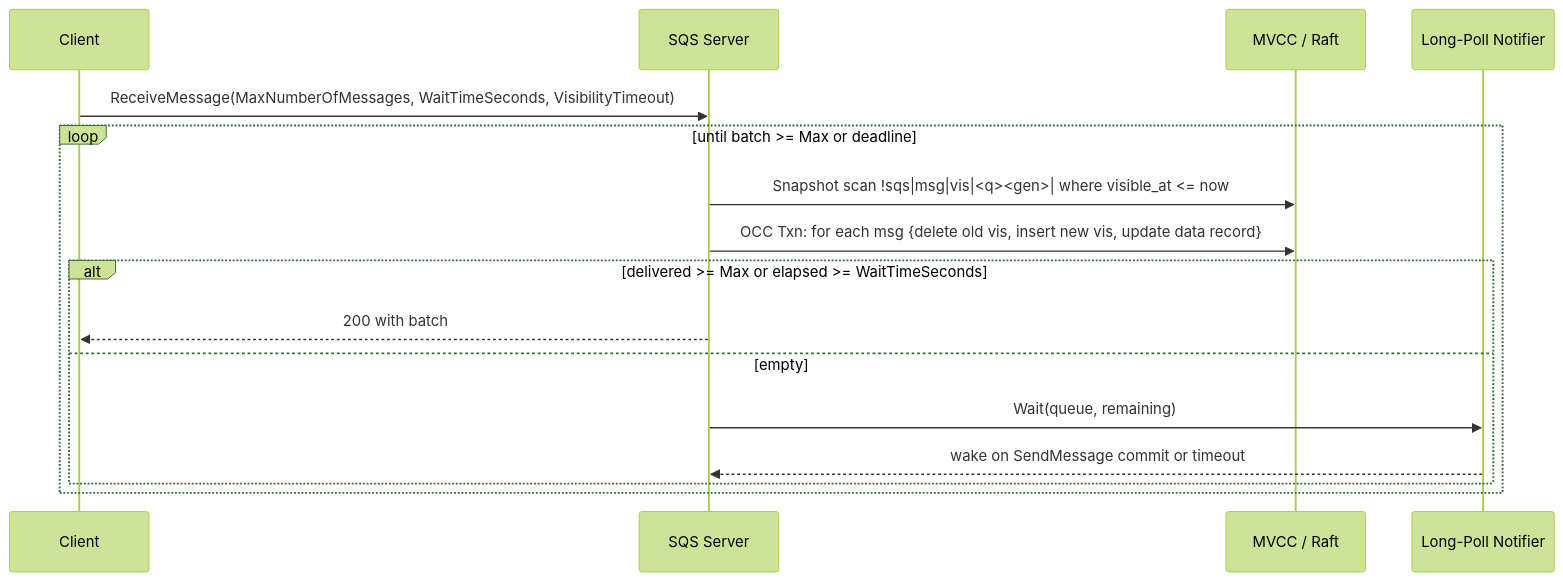
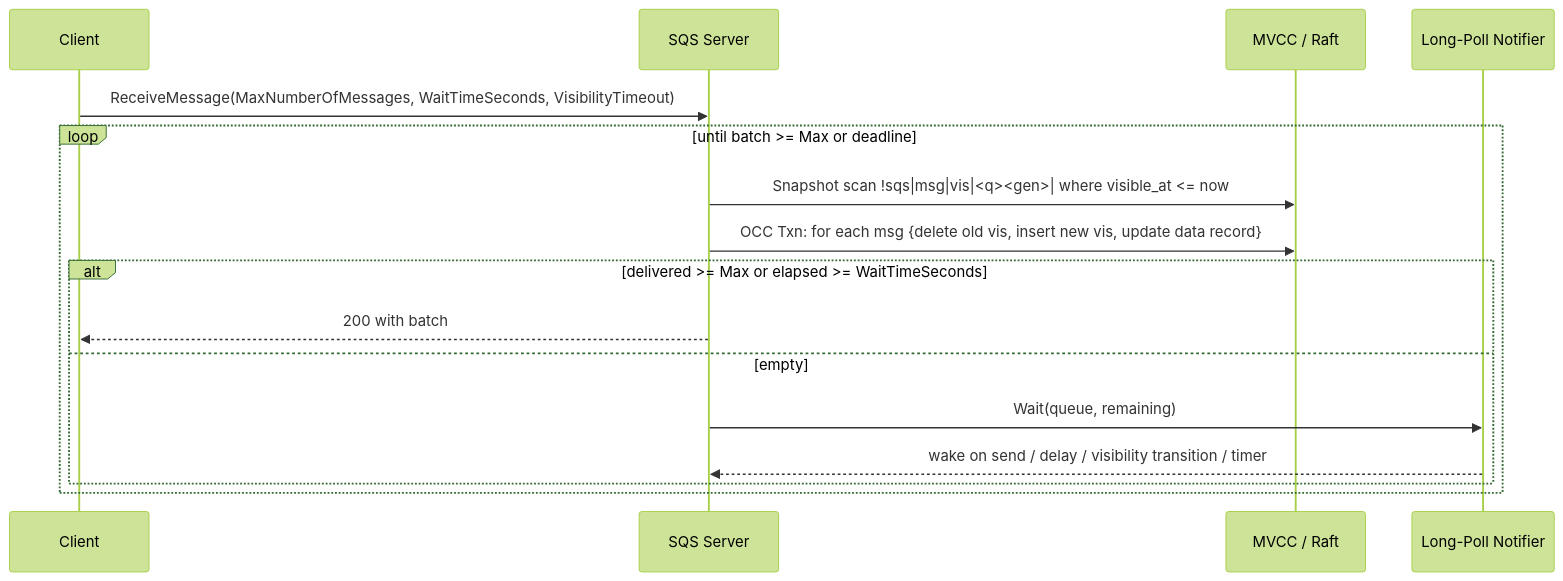
One commit to bootjp/elastickv changed the third of 4 diagrams in docs/design/2026_04_24_proposed_sqs_compatible_adapter.md. Above: the diagram before and after it, drawn with Mermaid (forest theme). The commit also changed other lines of this file and 1 other file, not shown here.

````diff
--- a/docs/design/2026_04_24_proposed_sqs_compatible_adapter.md
+++ b/docs/design/2026_04_24_proposed_sqs_compatible_adapter.md
@@ -287,19 +287,19 @@
 ```mermaid
 sequenceDiagram
   participant C as Client
   participant S as SQS Server
   participant KV as MVCC / Raft
   participant N as Long-Poll Notifier
 
   C->>S: ReceiveMessage(MaxNumberOfMessages, WaitTimeSeconds, VisibilityTimeout)
   loop until batch >= Max or deadline
     S->>KV: Snapshot scan !sqs|msg|vis|<q><gen>| where visible_at <= now
     S->>KV: OCC Txn: for each msg {delete old vis, insert new vis, update data record}
     alt delivered >= Max or elapsed >= WaitTimeSeconds
       S-->>C: 200 with batch
     else empty
       S->>N: Wait(queue, remaining)
-      N-->>S: wake on SendMessage commit or timeout
+      N-->>S: wake on send / delay / visibility transition / timer
     end
   end
 ```
````
